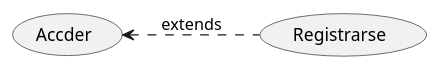
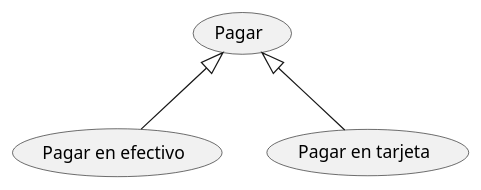
Before and after one commit to b3n0nk3/PlantUml: the diagram in src/PlanUml.puml, drawn with PlantUML.

Commit message:
Generalizaciones

```diff
--- a/src/PlanUml.puml
+++ b/src/PlanUml.puml
@@ -1,6 +1,7 @@
 @startuml
-left to right direction
+top to bottom direction
 
-(Accder) <.. (Registrarse) : extends
+(Pagar) <|-- (Pagar en efectivo)
+(Pagar) <|-- (Pagar en tarjeta)
 
 @enduml
```
